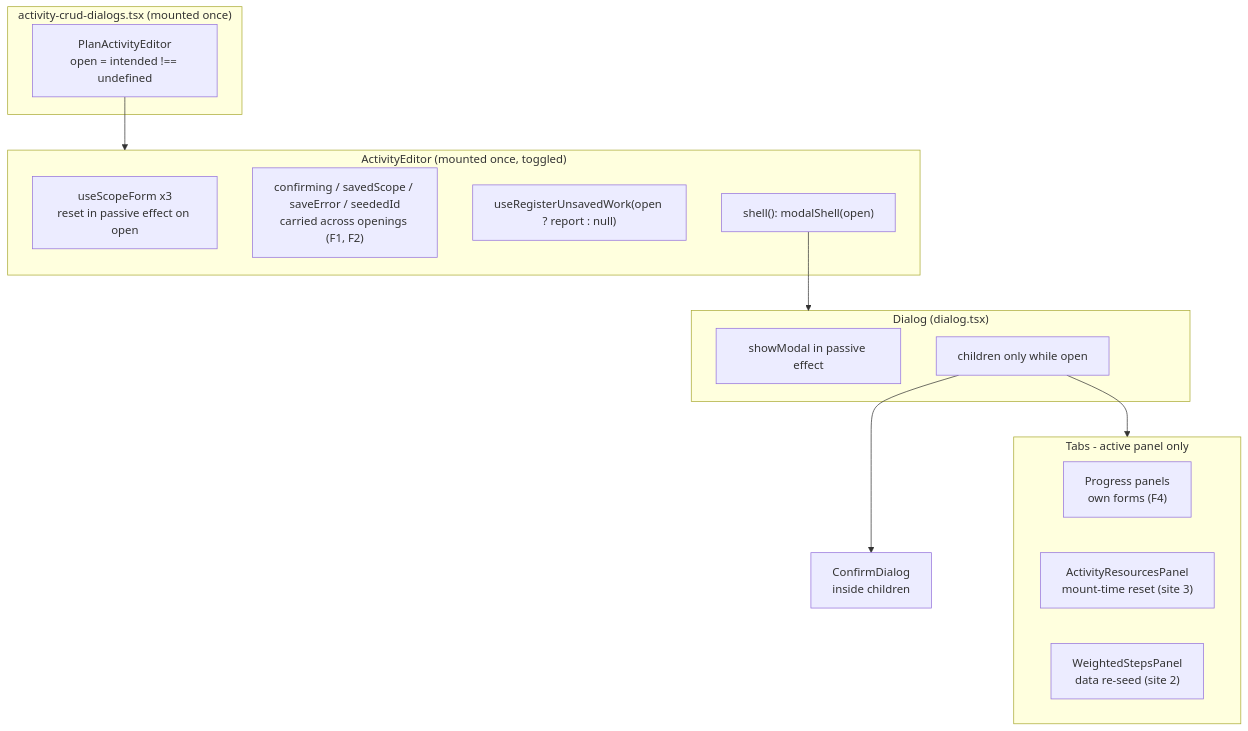
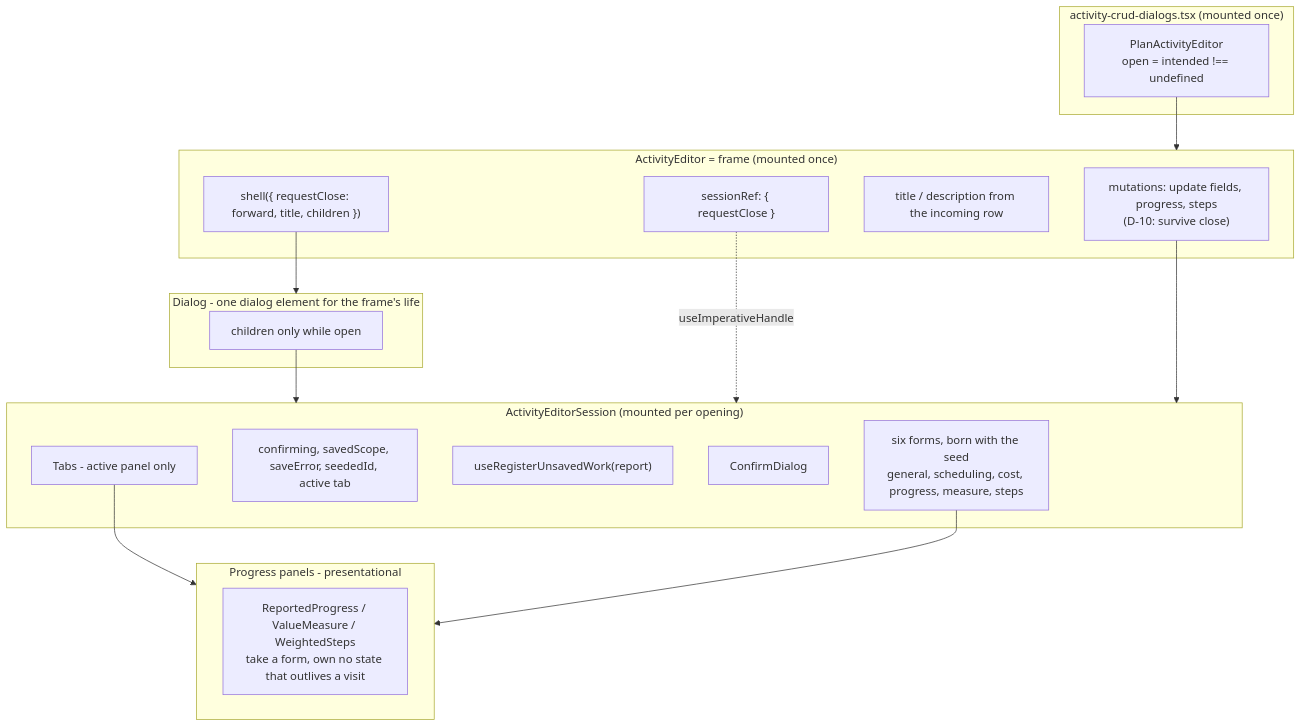
Before and after one commit to HuttonHomeHub/SchedulePoint_1: the first of 3 diagrams in docs/specs/activity-editor-seeding/feature-spec.md, drawn with Mermaid. The commit also changed other lines of this file and 1 other file, not shown here.

First line of the commit message:
docs(docs): revise the activity editor spec for a per-opening rebuild (CQ-1 b, CQ-2 b, CQ-3 a)

````diff
--- a/docs/specs/activity-editor-seeding/feature-spec.md
+++ b/docs/specs/activity-editor-seeding/feature-spec.md
@@ -358,25 +307,32 @@
 ```mermaid
 flowchart TB
   subgraph Host["activity-crud-dialogs.tsx (mounted once)"]
     PAE["PlanActivityEditor<br/>open = intended !== undefined"]
   end
-  subgraph Editor["ActivityEditor (mounted once, toggled)"]
-    SF["useScopeForm x3<br/>reset in passive effect on open"]
-    ST["confirming / savedScope / saveError / seededId<br/>carried across openings (F1, F2)"]
-    UR["useRegisterUnsavedWork(open ? report : null)"]
-    SH["shell(): modalShell(open)"]
+  subgraph Frame["ActivityEditor = frame (mounted once)"]
+    MUT["mutations: update fields, progress, steps<br/>(D-10: survive close)"]
+    REF["sessionRef: { requestClose }"]
+    TTL["title / description from the incoming row"]
+    SH["shell({ requestClose: forward, title, children })"]
   end
-  subgraph Dlg["Dialog (dialog.tsx)"]
-    SM["showModal in passive effect"]
+  subgraph Dlg["Dialog - one dialog element for the frame's life"]
     CH["children only while open"]
   end
-  subgraph Tab["Tabs - active panel only"]
-    PP["Progress panels<br/>own forms (F4)"]
-    RP["ActivityResourcesPanel<br/>mount-time reset (site 3)"]
-    WS["WeightedStepsPanel<br/>data re-seed (site 2)"]
+  subgraph Session["ActivityEditorSession (mounted per opening)"]
+    SF["six forms, born with the seed<br/>general, scheduling, cost, progress, measure, steps"]
+    ST["confirming, savedScope, saveError, seededId, active tab"]
+    UR["useRegisterUnsavedWork(report)"]
+    CD["ConfirmDialog"]
+    TB["Tabs - active panel only"]
   end
-  PAE --> Editor
+  subgraph Panels["Progress panels - presentational"]
+    PP["ReportedProgress / ValueMeasure / WeightedSteps<br/>take a form, own no state that outlives a visit"]
+  end
+  PAE --> Frame
   SH --> Dlg
-  CH --> Tab
-  CH --> CD["ConfirmDialog<br/>inside children"]
+  CH --> Session
+  REF -. useImperativeHandle .-> Session
+  MUT --> Session
+  TB --> Panels
+  SF --> Panels
 ```
````
